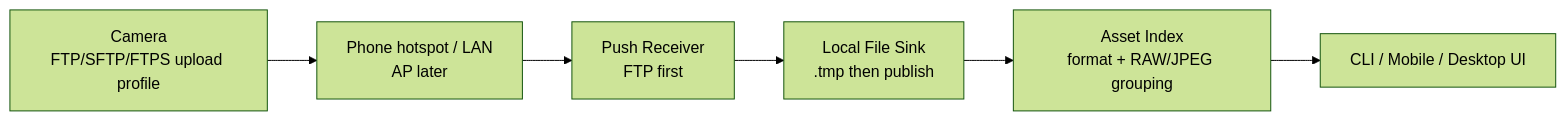
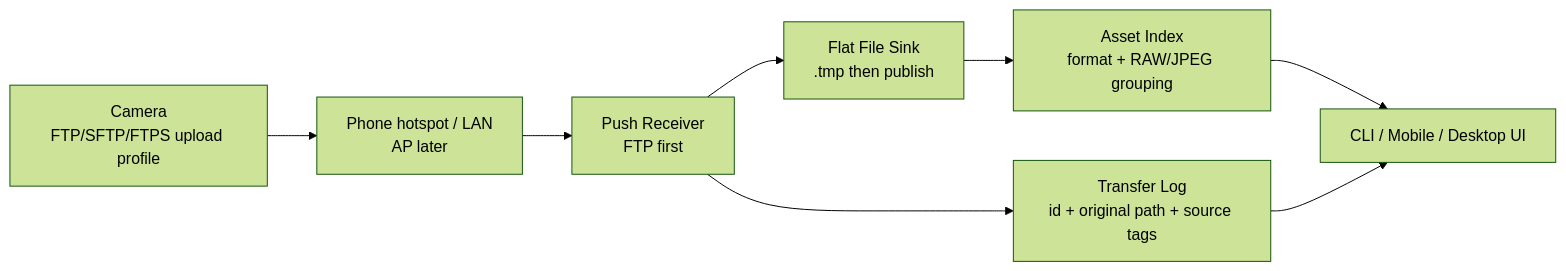
The diagram in docs/product/PRD.md (CrazyNB/camera_connector), drawn with Mermaid (forest theme) before and after one commit. The commit also changed other lines of this file and 21 other files, not shown here.

````diff
--- a/docs/product/PRD.md
+++ b/docs/product/PRD.md
@@ -117,11 +122,13 @@
 ```mermaid
 flowchart LR
   Camera["Camera\nFTP/SFTP/FTPS upload profile"]
   Network["Phone hotspot / LAN\nAP later"]
   Receiver["Push Receiver\nFTP first"]
-  Sink["Local File Sink\n.tmp then publish"]
+  Sink["Flat File Sink\n.tmp then publish"]
+  Log["Transfer Log\nid + original path + source tags"]
   Index["Asset Index\nformat + RAW/JPEG grouping"]
   UI["CLI / Mobile / Desktop UI"]
 
   Camera --> Network --> Receiver --> Sink --> Index --> UI
+  Receiver --> Log --> UI
 ```
````
